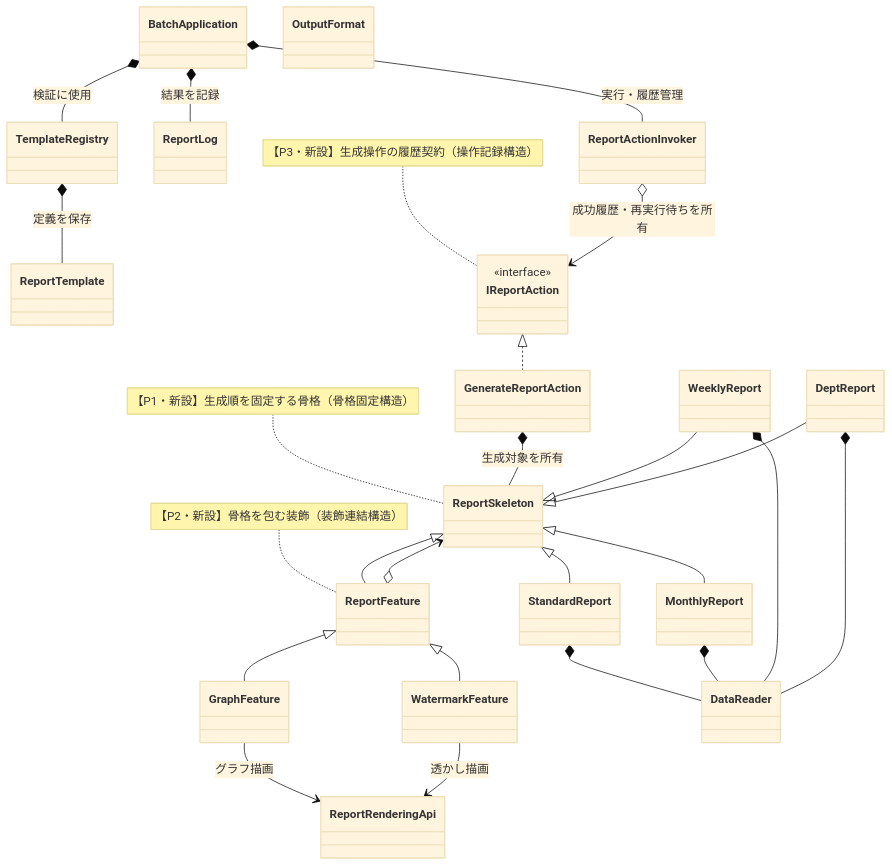
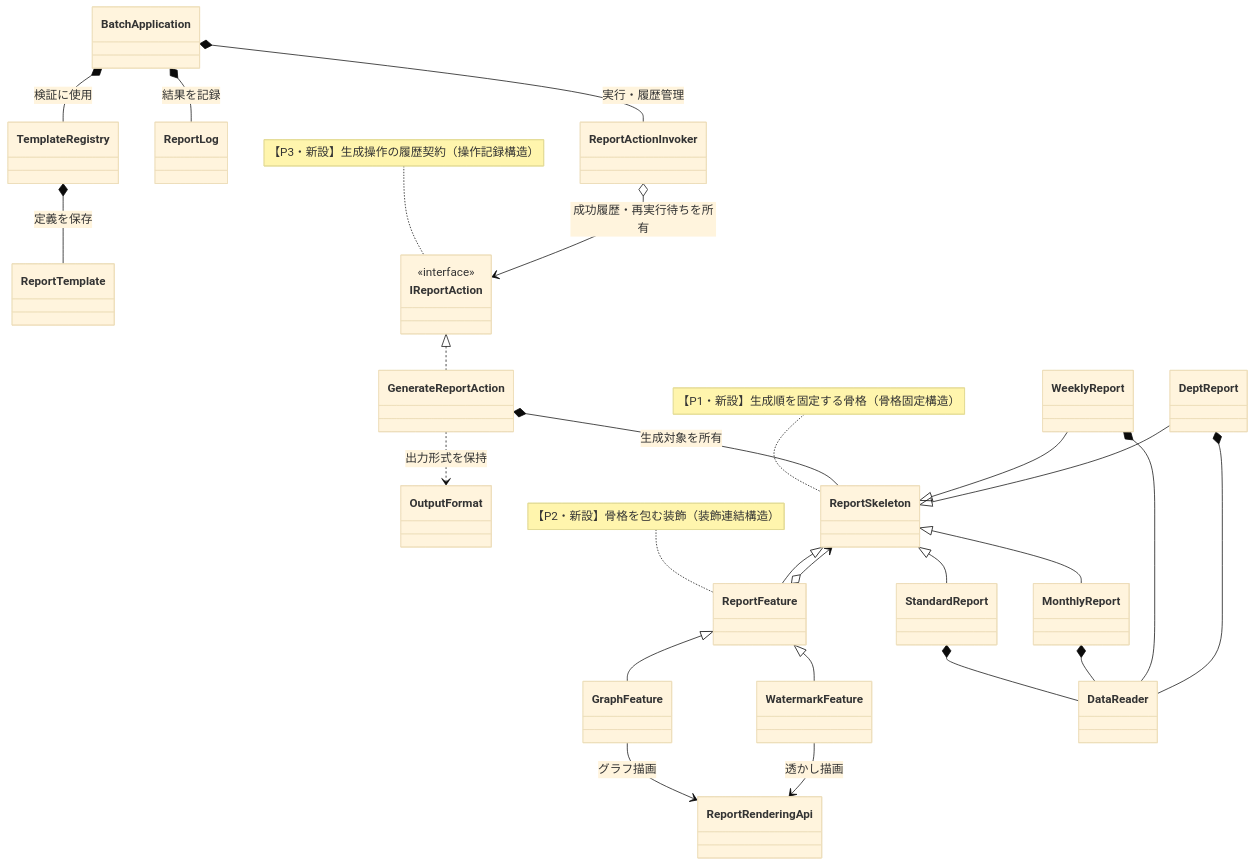
The eighth of 12 diagrams in kindle/design-patterns/output/chapter11.md (kumachan1101-pixel/DesignPattern), drawn with Mermaid (base theme) before and after one commit. The commit also changed other lines of this file and 9 other files, not shown here.

First line of the commit message:
クラス図の全クラス接続化：第0章の浮きクラス容認規約を撤廃し全図の孤立ノードを解消

````diff
--- a/kindle/design-patterns/output/chapter11.md
+++ b/kindle/design-patterns/output/chapter11.md
@@ -2288,49 +2289,50 @@
 ```mermaid
 classDiagram
     class WeeklyReport
     class DeptReport
     class TemplateRegistry
     class ReportTemplate
     class ReportRenderingApi
     class ReportLog
     class BatchApplication
     class OutputFormat
     class ReportSkeleton
     class StandardReport
     class MonthlyReport
     class ReportFeature
     class GraphFeature
     class WatermarkFeature
     class DataReader
     class IReportAction { <<interface>> }
     class GenerateReportAction
     class ReportActionInvoker
     ReportSkeleton <|-- StandardReport
     ReportSkeleton <|-- MonthlyReport
     ReportSkeleton <|-- ReportFeature
     ReportFeature o--> ReportSkeleton
     ReportFeature <|-- GraphFeature
     ReportFeature <|-- WatermarkFeature
     IReportAction <|.. GenerateReportAction
     GenerateReportAction *-- ReportSkeleton : 生成対象を所有
+    GenerateReportAction ..> OutputFormat : 出力形式を保持
     ReportActionInvoker o--> IReportAction : 成功履歴・再実行待ちを所有
     WeeklyReport --|> ReportSkeleton
     DeptReport --|> ReportSkeleton
     StandardReport *-- DataReader
     MonthlyReport *-- DataReader
     WeeklyReport *-- DataReader
     DeptReport *-- DataReader
     GraphFeature --> ReportRenderingApi : グラフ描画
     WatermarkFeature --> ReportRenderingApi : 透かし描画
     BatchApplication *-- TemplateRegistry : 検証に使用
     TemplateRegistry *-- ReportTemplate : 定義を保存
     BatchApplication *-- ReportLog : 結果を記録
     BatchApplication *-- ReportActionInvoker : 実行・履歴管理
 
     note for ReportSkeleton "【P1・新設】生成順を固定する骨格（骨格固定構造）"
     note for ReportFeature "【P2・新設】骨格を包む装飾（装飾連結構造）"
     note for IReportAction "【P3・新設】生成操作の履歴契約（操作記録構造）"
 
     classDef focus fill:#FFF2CC,stroke:#D6B656,stroke-width:2px,color:#222222
     cssClass "ReportSkeleton,StandardReport,MonthlyReport,ReportFeature,GraphFeature,WatermarkFeature,IReportAction,GenerateReportAction,ReportActionInvoker" focus
 ```
````
